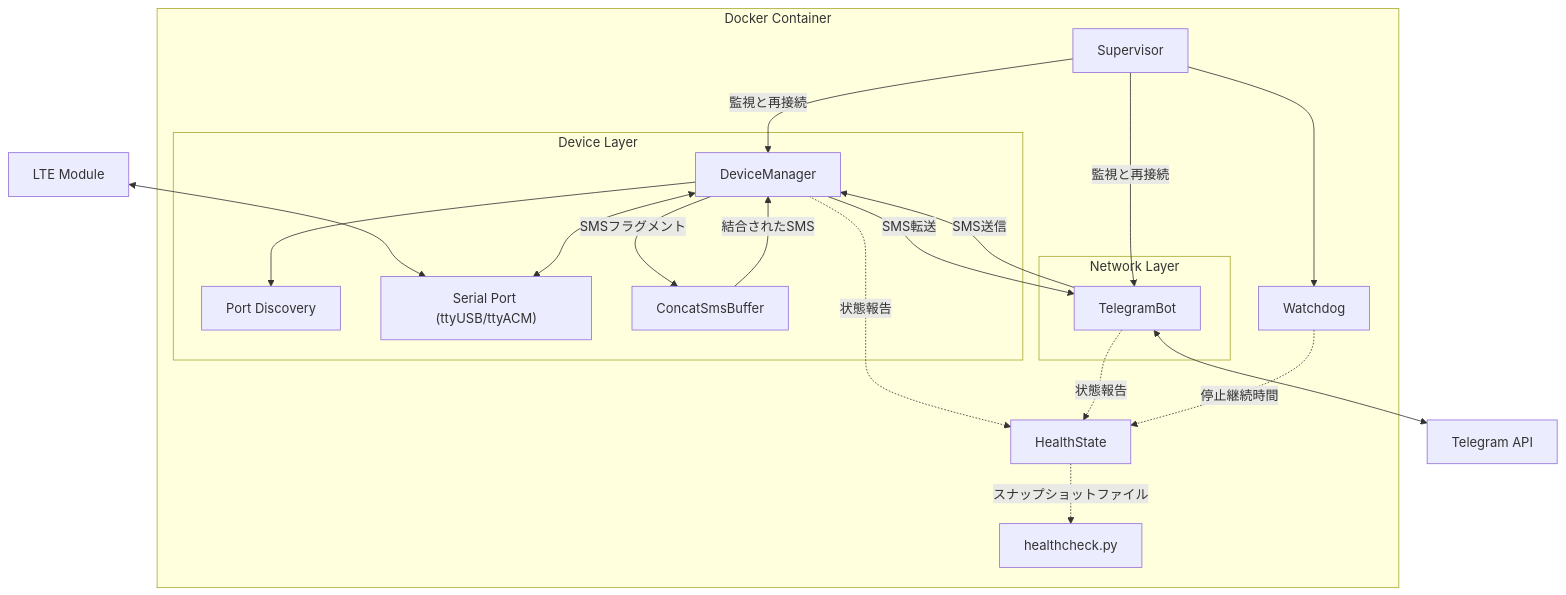
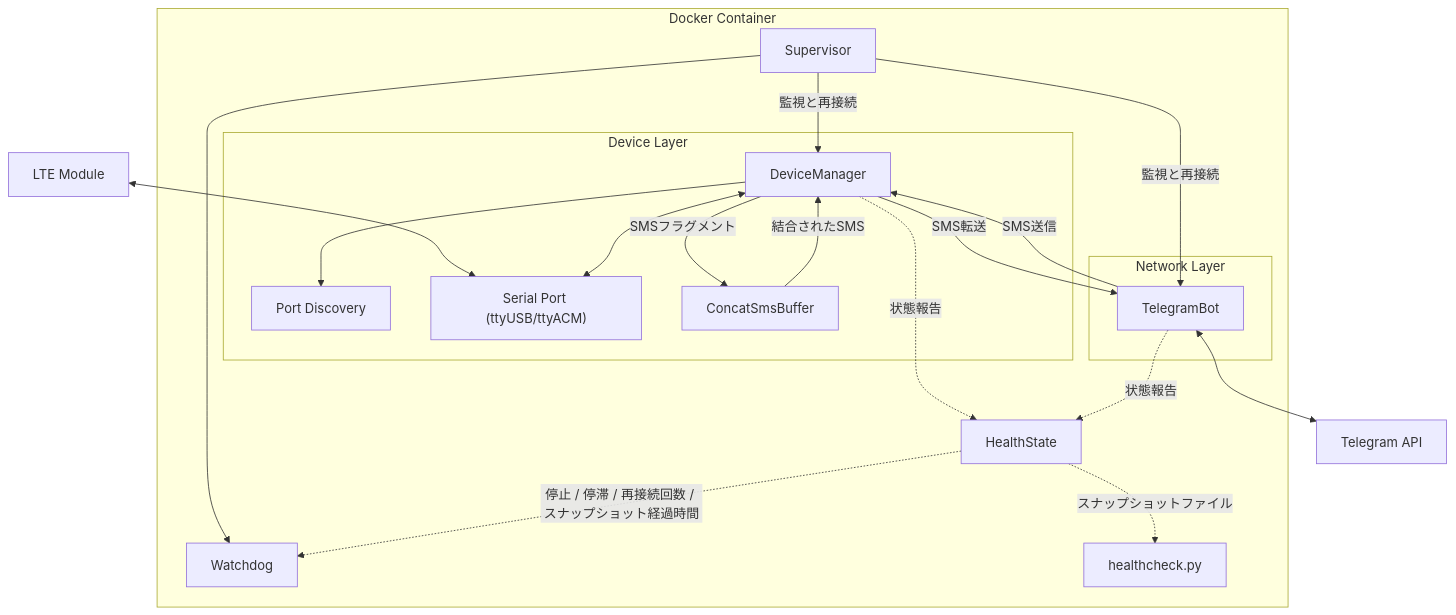
One commit to vxhorse/SMS_forwarder_Telegram changed the diagram in README_JP.md. Above: the diagram before and after it, drawn with Mermaid. The commit also changed other lines of this file and 3 other files, not shown here.

````diff
--- a/README_JP.md
+++ b/README_JP.md
@@ -21,37 +21,37 @@
 ```mermaid
 graph TD
     subgraph DC [Docker Container]
         Sup[Supervisor]
         WD[Watchdog]
         HS[HealthState]
         HC["healthcheck.py"]
 
         subgraph DeviceLayer [Device Layer]
             DM[DeviceManager]
             Disc[Port Discovery]
             Serial["Serial Port (ttyUSB/ttyACM)"]
             Buffer[ConcatSmsBuffer]
         end
 
         subgraph NetworkLayer [Network Layer]
             Bot[TelegramBot]
         end
     end
 
     Hardware[LTE Module] <--> Serial
     Sup -- "監視と再接続" --> DM
     Sup -- "監視と再接続" --> Bot
     Sup --> WD
     DM --> Disc
     DM <--> Serial
     DM -- "SMSフラグメント" --> Buffer
     Buffer -- "結合されたSMS" --> DM
     DM -- "SMS転送" --> Bot
     Bot -- "SMS送信" --> DM
     Bot <--> API[Telegram API]
 
     DM -. "状態報告" .-> HS
     Bot -. "状態報告" .-> HS
-    WD -. "停止継続時間" .-> HS
+    HS -. "停止 / 停滞 / 再接続回数 / スナップショット経過時間" .-> WD
     HS -. "スナップショットファイル" .-> HC
 ```
````
